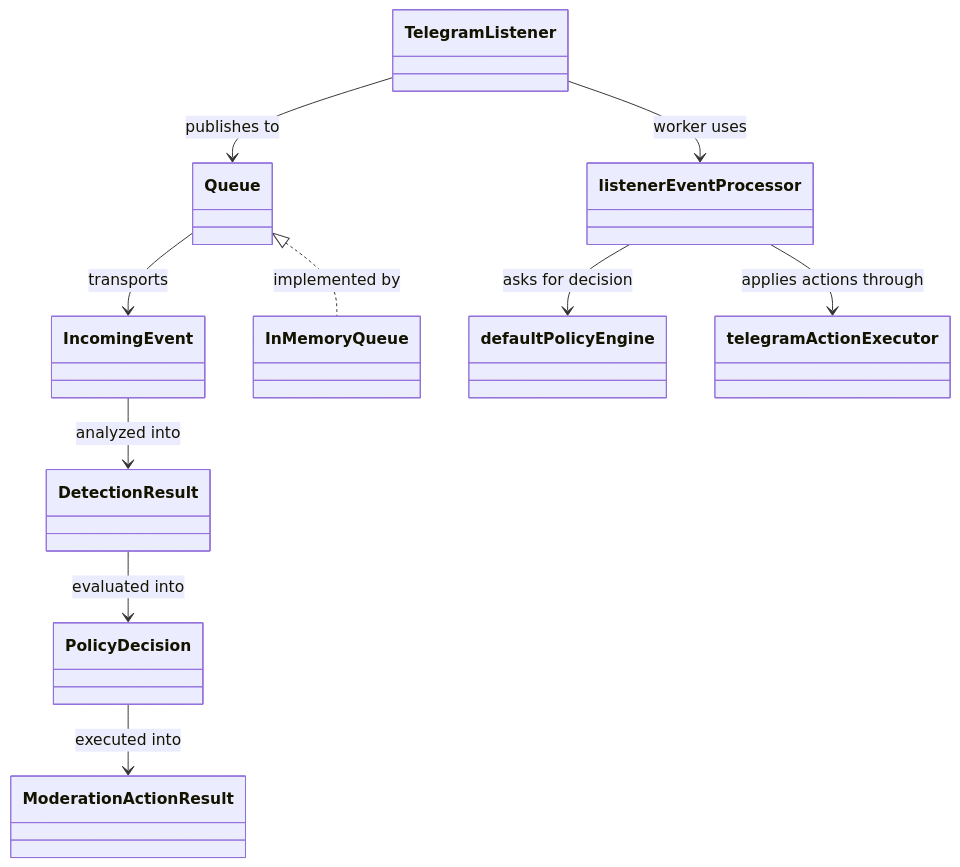
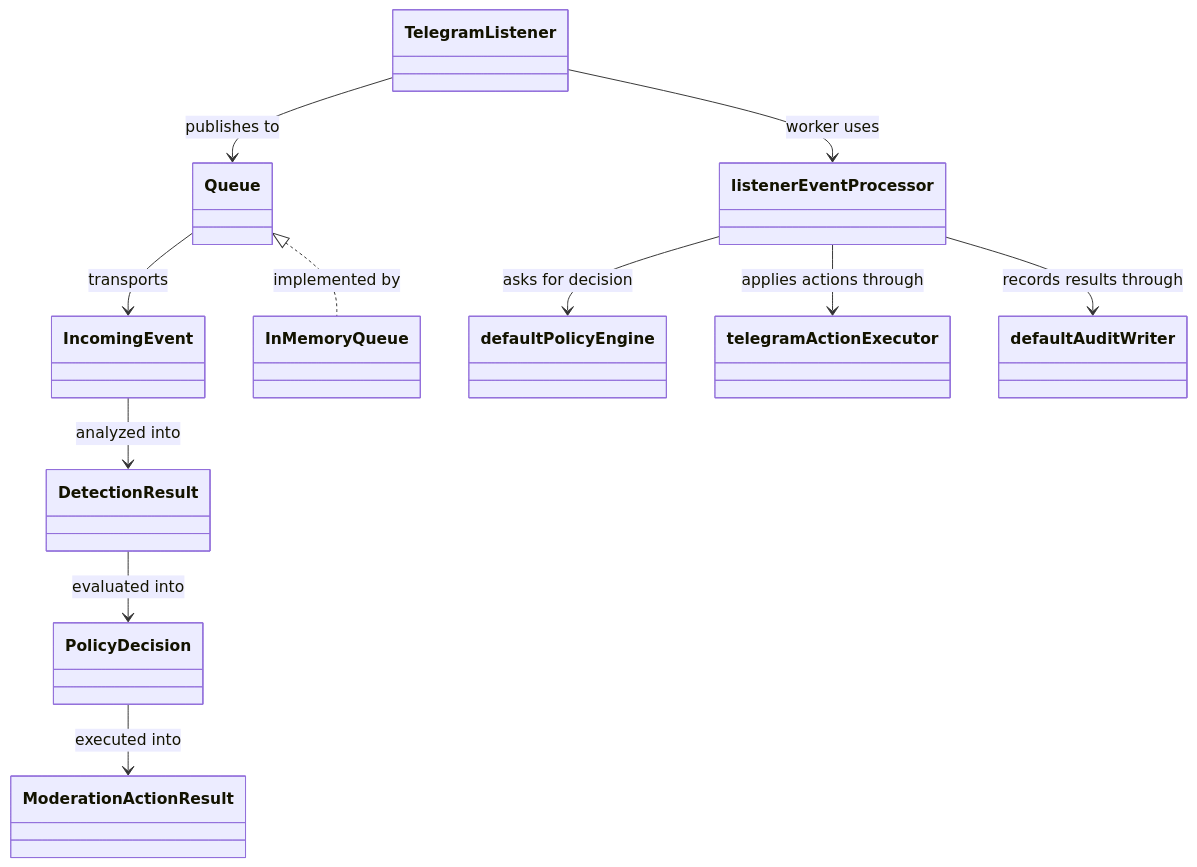
Before and after one commit to redstone-md/shield: the third of 3 diagrams in docs/Architecture.md, drawn with Mermaid. The commit also changed other lines of this file and 8 other files, not shown here.

Commit message:
refactor: extract moderation audit writer

````diff
--- a/docs/Architecture.md
+++ b/docs/Architecture.md
@@ -77,23 +79,25 @@
 ```mermaid
 classDiagram
   class TelegramListener
   class IncomingEvent
   class DetectionResult
   class PolicyDecision
   class ModerationActionResult
   class Queue
   class InMemoryQueue
   class listenerEventProcessor
   class defaultPolicyEngine
   class telegramActionExecutor
+  class defaultAuditWriter
 
   TelegramListener --> Queue : publishes to
   Queue <|.. InMemoryQueue : implemented by
   TelegramListener --> listenerEventProcessor : worker uses
   listenerEventProcessor --> defaultPolicyEngine : asks for decision
   listenerEventProcessor --> telegramActionExecutor : applies actions through
+  listenerEventProcessor --> defaultAuditWriter : records results through
   Queue --> IncomingEvent : transports
   IncomingEvent --> DetectionResult : analyzed into
   DetectionResult --> PolicyDecision : evaluated into
   PolicyDecision --> ModerationActionResult : executed into
 ```
````
